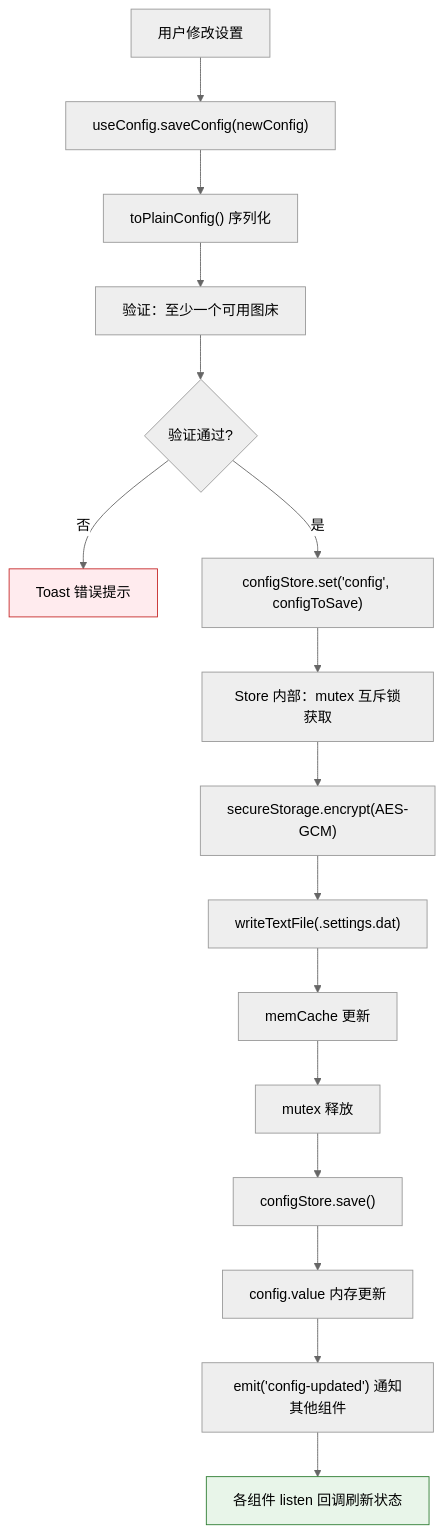
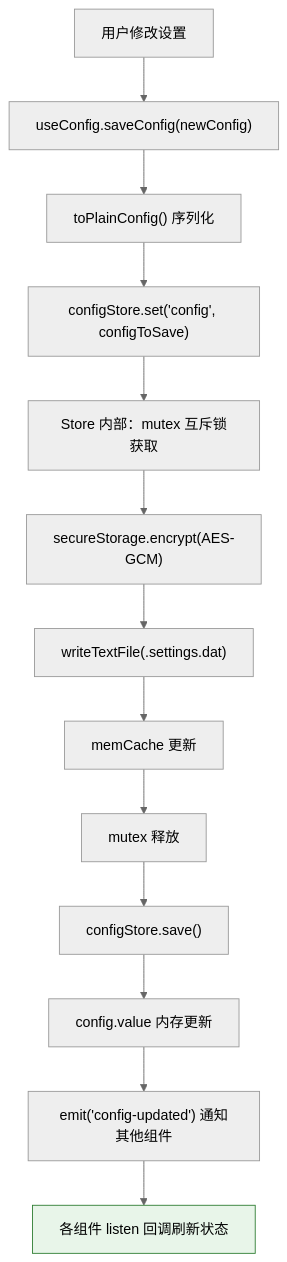
One commit to joeyliu6/PicNexus changed the second of 4 diagrams in docs/flows/data-persistence.md. Above: the diagram before and after it, drawn with Mermaid (neutral theme). The commit also changed 3 other files, not shown here.

````diff
--- a/docs/flows/data-persistence.md
+++ b/docs/flows/data-persistence.md
@@ -64,23 +64,19 @@
 ```mermaid
 flowchart TD
     A[用户修改设置] --> B[useConfig.saveConfig&lpar;newConfig&rpar;]
     B --> C[toPlainConfig&lpar;&rpar; 序列化]
-    C --> D[验证：至少一个可用图床]
-    D --> E{验证通过?}
-    E -- 否 --> E1[Toast 错误提示]
-    E -- 是 --> F[configStore.set&lpar;'config', configToSave&rpar;]
+    C --> F[configStore.set&lpar;'config', configToSave&rpar;]
 
     F --> G[Store 内部：mutex 互斥锁获取]
     G --> H[secureStorage.encrypt&lpar;AES-GCM&rpar;]
     H --> I[writeTextFile&lpar;.settings.dat&rpar;]
     I --> J[memCache 更新]
     J --> K[mutex 释放]
 
     K --> L[configStore.save&lpar;&rpar;]
     L --> M[config.value 内存更新]
     M --> N["emit('config-updated') 通知其他组件"]
     N --> O[各组件 listen 回调刷新状态]
 
-    style E1 fill:#ffebee,stroke:#c62828
     style O fill:#e8f5e9,stroke:#2e7d32
 ```
````
